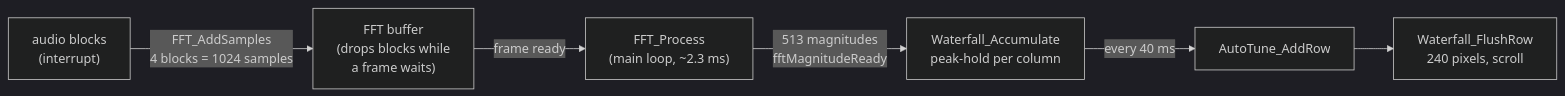
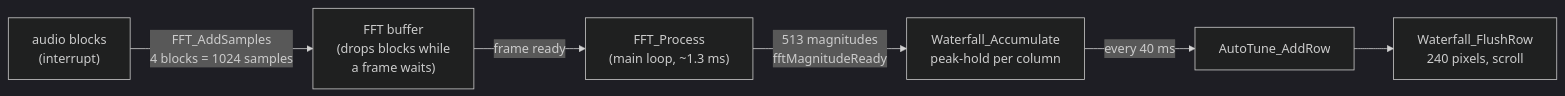
Diagram 11 of 16 in Docs/HOW_IT_WORKS.md (Furrah/Bat_detector_FW), drawn with Mermaid (dark theme) before and after one commit. The commit also changed other lines of this file and 29 other files, not shown here.

````diff
--- a/Docs/HOW_IT_WORKS.md
+++ b/Docs/HOW_IT_WORKS.md
@@ -375,8 +377,8 @@
 ```mermaid
 flowchart LR
     BLK["audio blocks<br/>(interrupt)"] -->|"FFT_AddSamples<br/>4 blocks = 1024 samples"| BUF["FFT buffer<br/>(drops blocks while<br/>a frame waits)"]
-    BUF -->|"frame ready"| FP["FFT_Process<br/>(main loop, ~2.3 ms)"]
+    BUF -->|"frame ready"| FP["FFT_Process<br/>(main loop, ~1.3 ms)"]
     FP -->|"513 magnitudes<br/>fftMagnitudeReady"| ACC["Waterfall_Accumulate<br/>peak-hold per column"]
     ACC -->|"every 40 ms"| AT["AutoTune_AddRow"]
     AT --> FLUSH["Waterfall_FlushRow<br/>240 pixels, scroll"]
 ```
````
